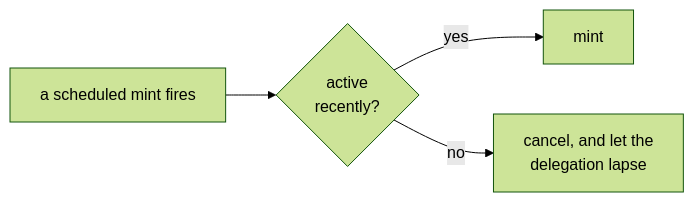
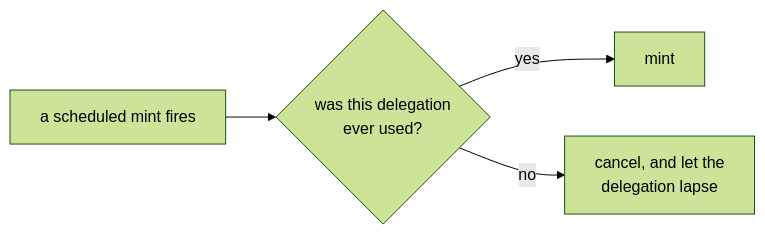
The third of 4 diagrams in docs/ongoing/client-app-sessions-spec.md (dfinity/internet-identity), drawn with Mermaid (forest theme) before and after one commit. The commit also changed other lines of this file and 1 other file, not shown here.

First line of the commit message:
docs: define what a scheduled mint checks before it fires

````diff
--- a/docs/ongoing/client-app-sessions-spec.md
+++ b/docs/ongoing/client-app-sessions-spec.md
@@ -97,6 +97,6 @@
 ```mermaid
 flowchart LR
-    T["a scheduled mint fires"] --> Q{"active<br/>recently?"}
+    T["a scheduled mint fires"] --> Q{"was this delegation<br/>ever used?"}
     Q -->|"yes"| M["mint"]
     Q -->|"no"| X["cancel, and let the<br/>delegation lapse"]
 ```
````
